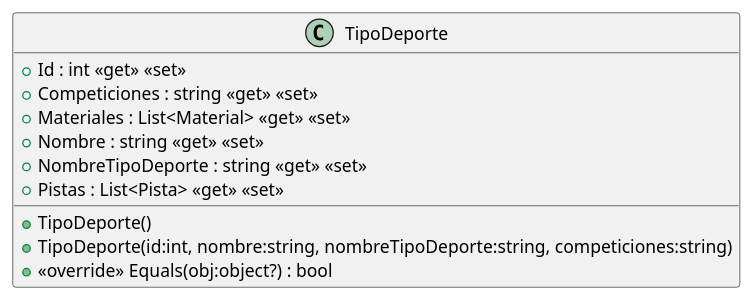
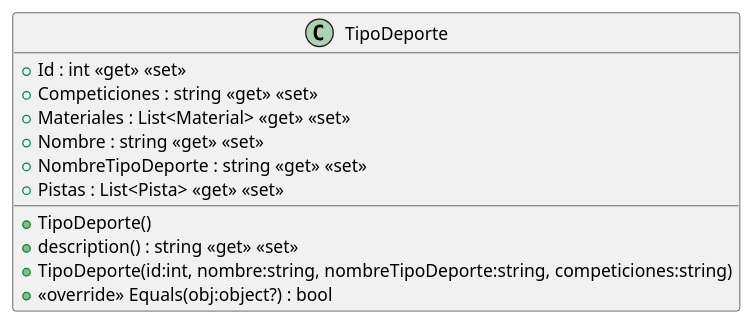
Before and after one commit to ISII2627CDGJ/ISII2627CDG: the diagram in src/AppForSEII.API/ClassDiagram/src/AppForSEII.API/Models/TipoDeporte.puml, drawn with PlantUML. The commit also changed 2 other files, not shown here.

```diff
--- a/src/AppForSEII.API/ClassDiagram/src/AppForSEII.API/Models/TipoDeporte.puml
+++ b/src/AppForSEII.API/ClassDiagram/src/AppForSEII.API/Models/TipoDeporte.puml
@@ -1,13 +1,14 @@
 @startuml
 class TipoDeporte {
     + Id : int <<get>> <<set>>
     + Competiciones : string <<get>> <<set>>
     + Materiales : List<Material> <<get>> <<set>>
     + Nombre : string <<get>> <<set>>
     + NombreTipoDeporte : string <<get>> <<set>>
     + Pistas : List<Pista> <<get>> <<set>>
     + TipoDeporte()
+    + description() : string <<get>> <<set>>
     + TipoDeporte(id:int, nombre:string, nombreTipoDeporte:string, competiciones:string)
     + <<override>> Equals(obj:object?) : bool
 }
 @enduml
```
